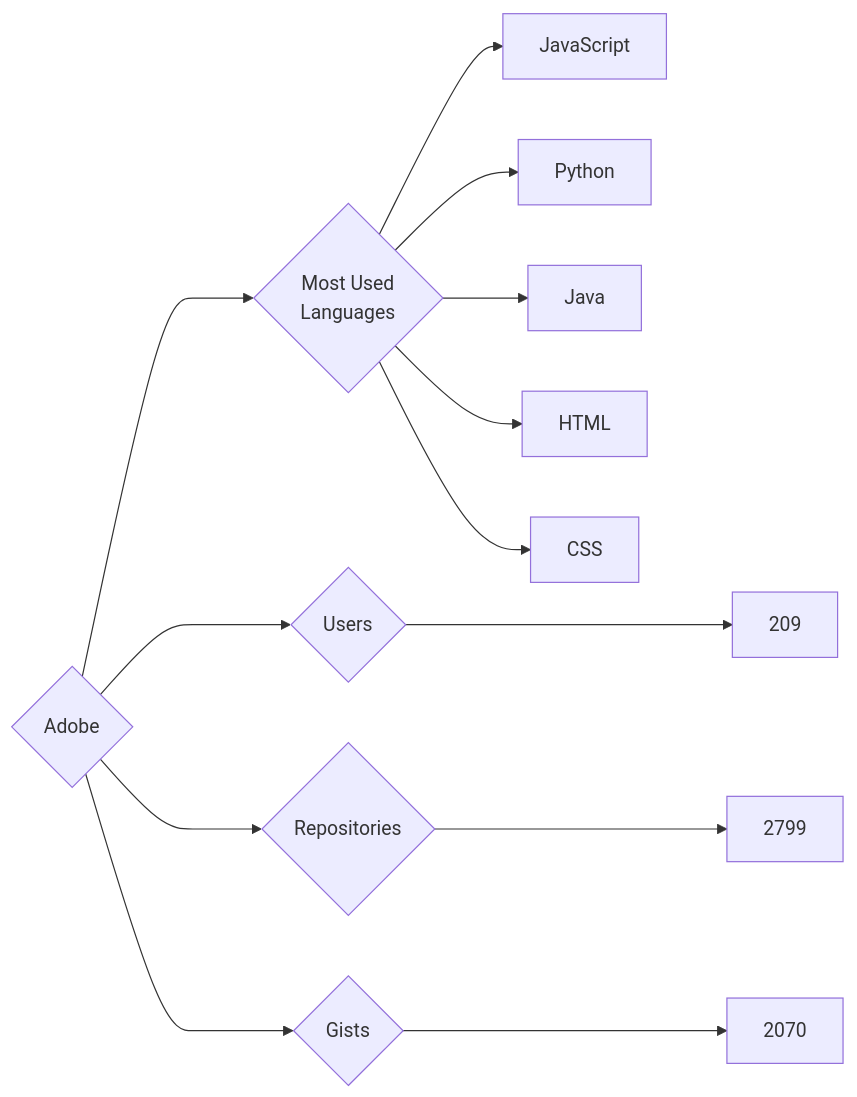
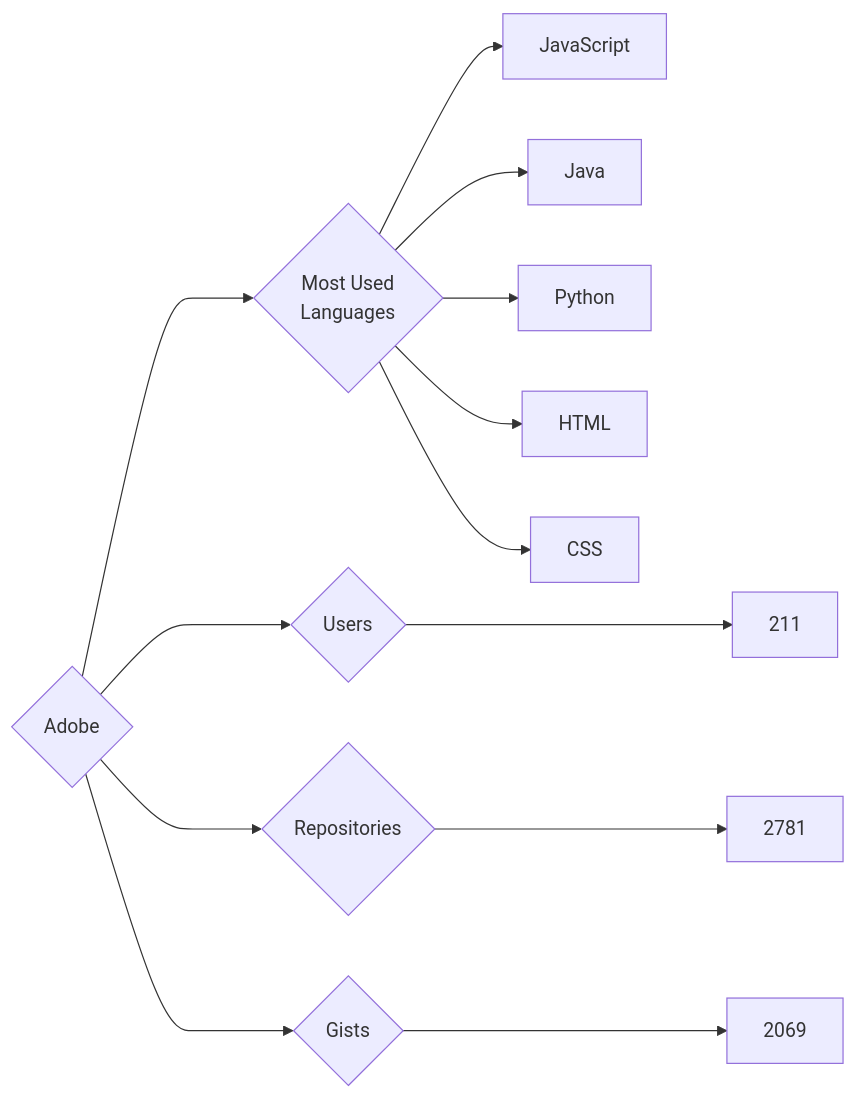
Before and after one commit to trickest/insiders: the diagram in targets/Adobe/README.md, drawn with Mermaid. The commit also changed 736 other files, not shown here.

````diff
--- a/targets/Adobe/README.md
+++ b/targets/Adobe/README.md
@@ -3,13 +3,13 @@
 ```mermaid
 graph LR
 COMPANY_NAME{Adobe}
-COMPANY_NAME ---> U{Users} ---> UN[209]
-COMPANY_NAME ---> R{Repositories} ---> RN[2799]
-COMPANY_NAME ---> G{Gists} ---> GN[2070]
+COMPANY_NAME ---> U{Users} ---> UN[211]
+COMPANY_NAME ---> R{Repositories} ---> RN[2781]
+COMPANY_NAME ---> G{Gists} ---> GN[2069]
 COMPANY_NAME ---> ML{Most Used<br>Languages}
 ML --> JavaScript[JavaScript]
+ML --> Java[Java]
 ML --> Python[Python]
-ML --> Java[Java]
 ML --> HTML[HTML]
 ML --> CSS[CSS]
 ```
````
